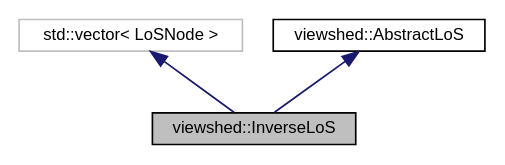
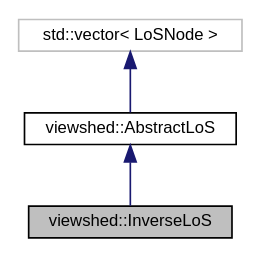
Before and after one commit to JanCaha/cpp-viewshed-library: the diagram in classviewshed_1_1InverseLoS__inherit__graph.dot, drawn with Graphviz. The commit also changed 82 other files, not shown here.

```diff
--- a/classviewshed_1_1InverseLoS__inherit__graph.dot
+++ b/classviewshed_1_1InverseLoS__inherit__graph.dot
@@ -1,11 +1,11 @@
 digraph "viewshed::InverseLoS"
 {
  // LATEX_PDF_SIZE
   edge [fontname="Helvetica",fontsize="10",labelfontname="Helvetica",labelfontsize="10"];
   node [fontname="Helvetica",fontsize="10",shape=record];
   Node1 [label="viewshed::InverseLoS",height=0.2,width=0.4,color="black", fillcolor="grey75", style="filled", fontcolor="black",tooltip="Class that represents InverseLoS, that is LoS used in Inverse Viewshed calculation."];
   Node2 -> Node1 [dir="back",color="midnightblue",fontsize="10",style="solid",fontname="Helvetica"];
-  Node2 [label="std::vector\< LoSNode \>",height=0.2,width=0.4,color="grey75", fillcolor="white", style="filled",tooltip=" "];
-  Node3 -> Node1 [dir="back",color="midnightblue",fontsize="10",style="solid",fontname="Helvetica"];
-  Node3 [label="viewshed::AbstractLoS",height=0.2,width=0.4,color="black", fillcolor="white", style="filled",URL="$classviewshed_1_1AbstractLoS.html",tooltip="Abstract class that represent line-of-sight (LoS). Consists of LoSNodes, view point and target point ..."];
+  Node2 [label="viewshed::AbstractLoS",height=0.2,width=0.4,color="black", fillcolor="white", style="filled",URL="$classviewshed_1_1AbstractLoS.html",tooltip="Abstract class that represent line-of-sight (LoS). Consists of LoSNodes, view point and target point ..."];
+  Node3 -> Node2 [dir="back",color="midnightblue",fontsize="10",style="solid",fontname="Helvetica"];
+  Node3 [label="std::vector\< LoSNode \>",height=0.2,width=0.4,color="grey75", fillcolor="white", style="filled",tooltip=" "];
 }
```
